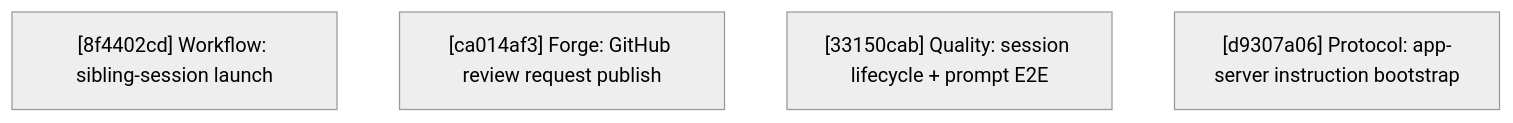
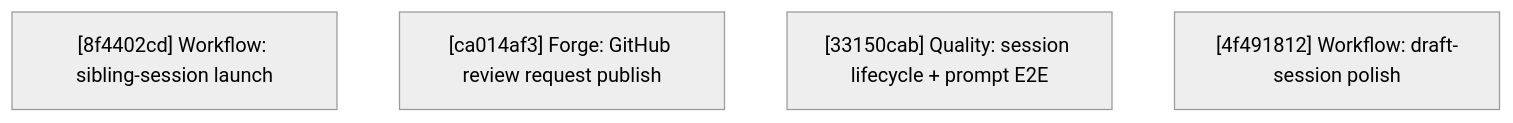
One commit to agentty-xyz/agentty changed the diagram in docs/plan/roadmap.md. Above: the diagram before and after it, drawn with Mermaid (neutral theme). The commit also changed other lines of this file and 28 other files, not shown here.

First line of the commit message:
Persist and reuse app-server instruction bootstrap

````diff
--- a/docs/plan/roadmap.md
+++ b/docs/plan/roadmap.md
@@ -157,7 +157,7 @@
 ```mermaid
 flowchart TD
     R1["[8f4402cd] Workflow: sibling-session launch"]
     R2["[ca014af3] Forge: GitHub review request publish"]
     R3["[33150cab] Quality: session lifecycle + prompt E2E"]
-    R4["[d9307a06] Protocol: app-server instruction bootstrap"]
+    R4["[4f491812] Workflow: draft-session polish"]
 ```
````
